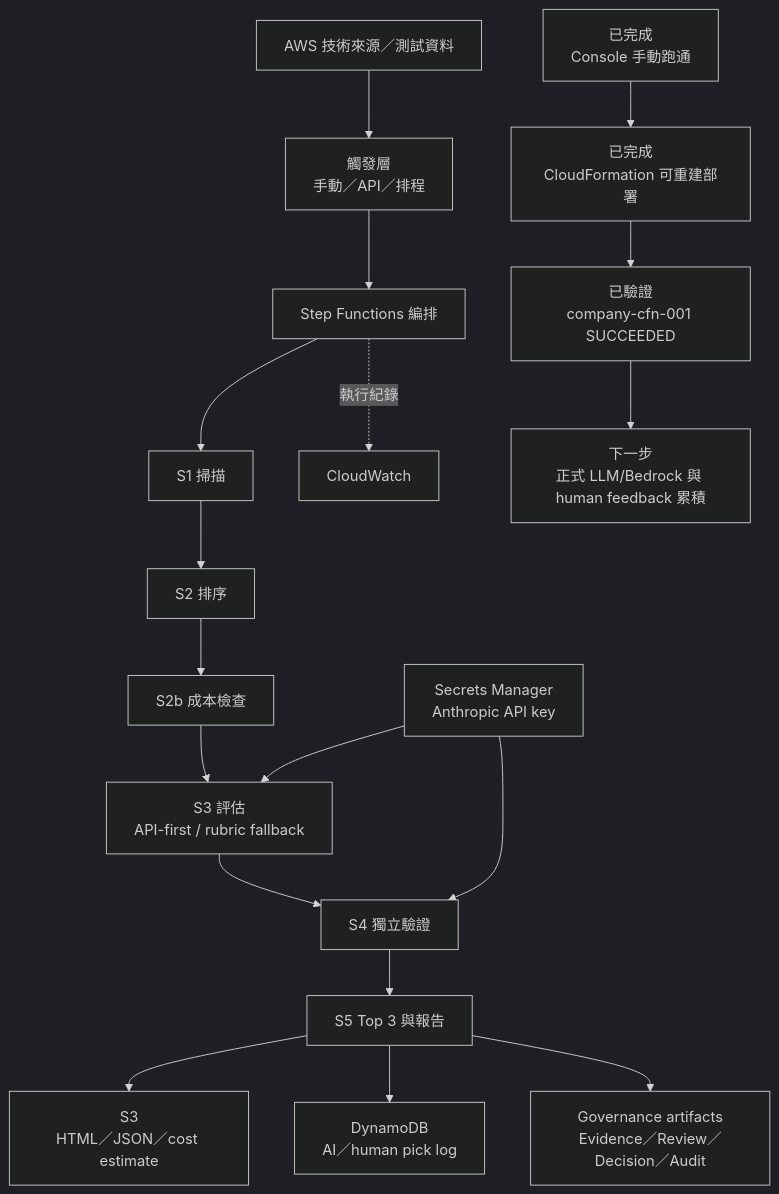
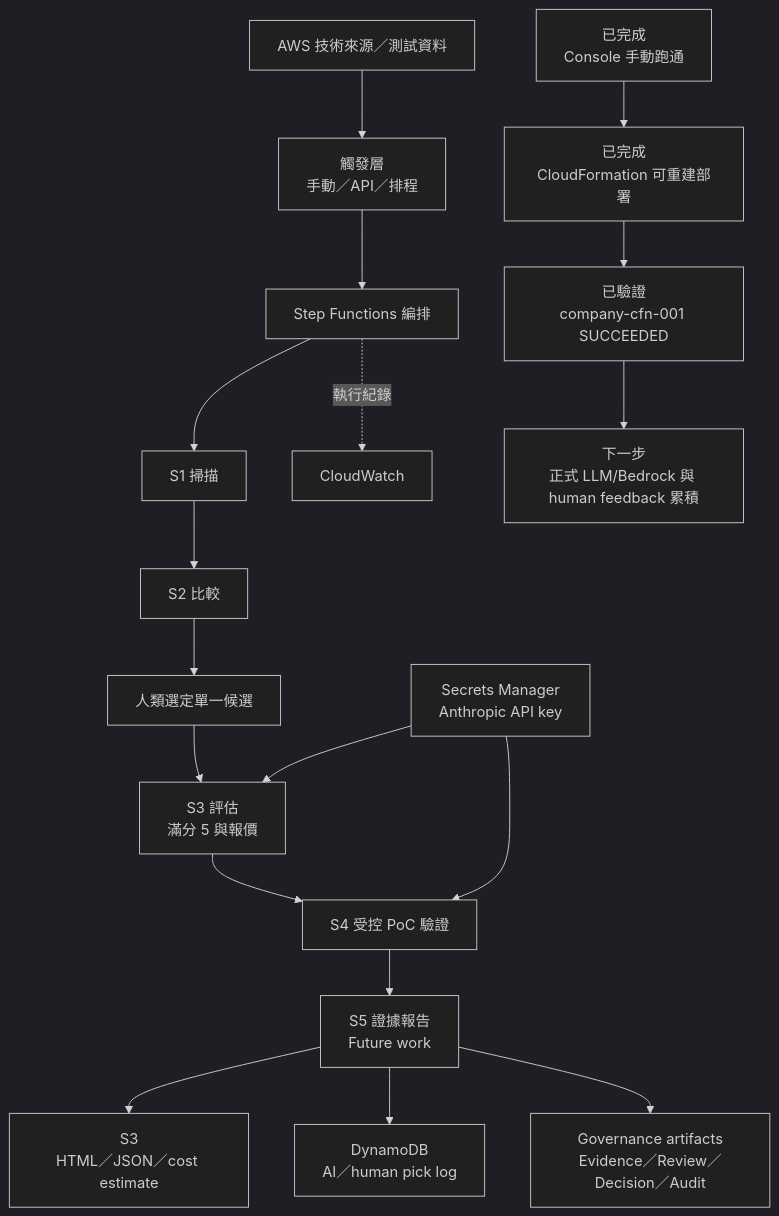
The first of 2 diagrams in final-proposal/簡報架構與執行軌跡.md (gt52bts-dotcom/internship-tech-radar), drawn with Mermaid (dark theme) before and after one commit. The commit also changed other lines of this file and 14 other files, not shown here.

````diff
--- a/final-proposal/簡報架構與執行軌跡.md
+++ b/final-proposal/簡報架構與執行軌跡.md
@@ -40,17 +47,17 @@
 ```mermaid
 flowchart TD
     A["AWS 技術來源／測試資料"] --> B["觸發層<br/>手動／API／排程"]
     B --> C["Step Functions 編排"]
-    C --> D["S1 掃描"] --> E["S2 排序"] --> F["S2b 成本檢查"]
-    F --> G["S3 評估<br/>API-first / rubric fallback"] --> H["S4 獨立驗證"] --> I["S5 Top 3 與報告"]
+    C --> D["S1 掃描"] --> E["S2 比較"] --> F["人類選定單一候選"]
+    F --> G["S3 評估<br/>滿分 5 與報價"] --> H["S4 受控 PoC 驗證"] --> I["S5 證據報告<br/>Future work"]
     J["Secrets Manager<br/>Anthropic API key"] --> G
     J --> H
     I --> K["S3<br/>HTML／JSON／cost estimate"]
     I --> L["DynamoDB<br/>AI／human pick log"]
     I --> Q["Governance artifacts<br/>Evidence／Review／Decision／Audit"]
     C -. "執行紀錄" .-> M["CloudWatch"]
 
     N["已完成<br/>Console 手動跑通"] --> O["已完成<br/>CloudFormation 可重建部署"]
     O --> P["已驗證<br/>company-cfn-001 SUCCEEDED"]
     P --> R["下一步<br/>正式 LLM/Bedrock 與 human feedback 累積"]
 ```
````
